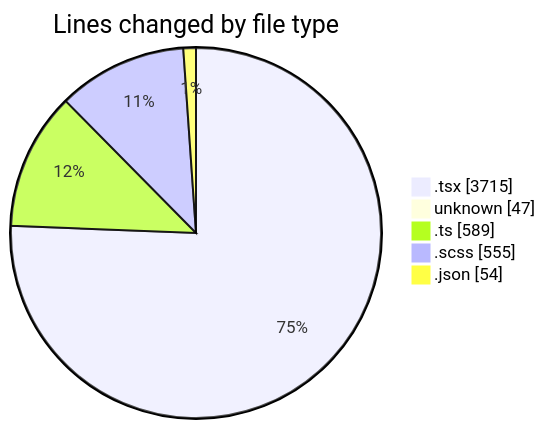
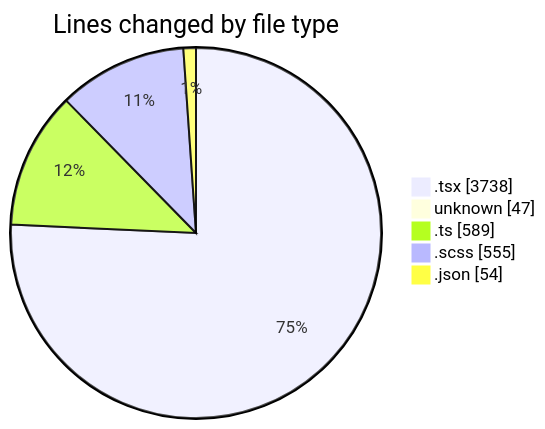
One commit to momahboobian/code-tracking changed the first of 2 diagrams in 2025-09-18/cda/README.md. Above: the diagram before and after it, drawn with Mermaid. The commit also changed other lines of this file and 1 other file, not shown here.

````diff
--- a/2025-09-18/cda/README.md
+++ b/2025-09-18/cda/README.md
@@ -29,9 +29,9 @@
 ```mermaid
 pie showData
 title Lines changed by file type
-".tsx" : 3715
+".tsx" : 3738
 "unknown" : 47
 ".ts" : 589
 ".scss" : 555
 ".json" : 54
 ```
````
